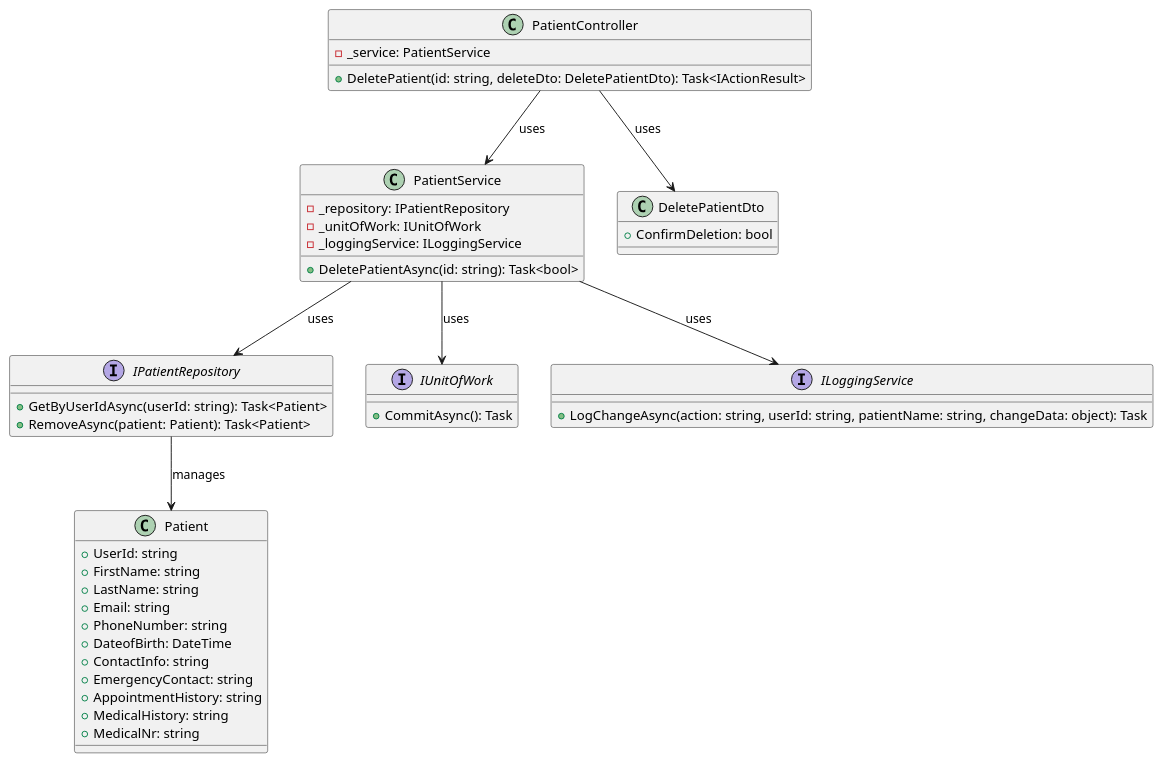
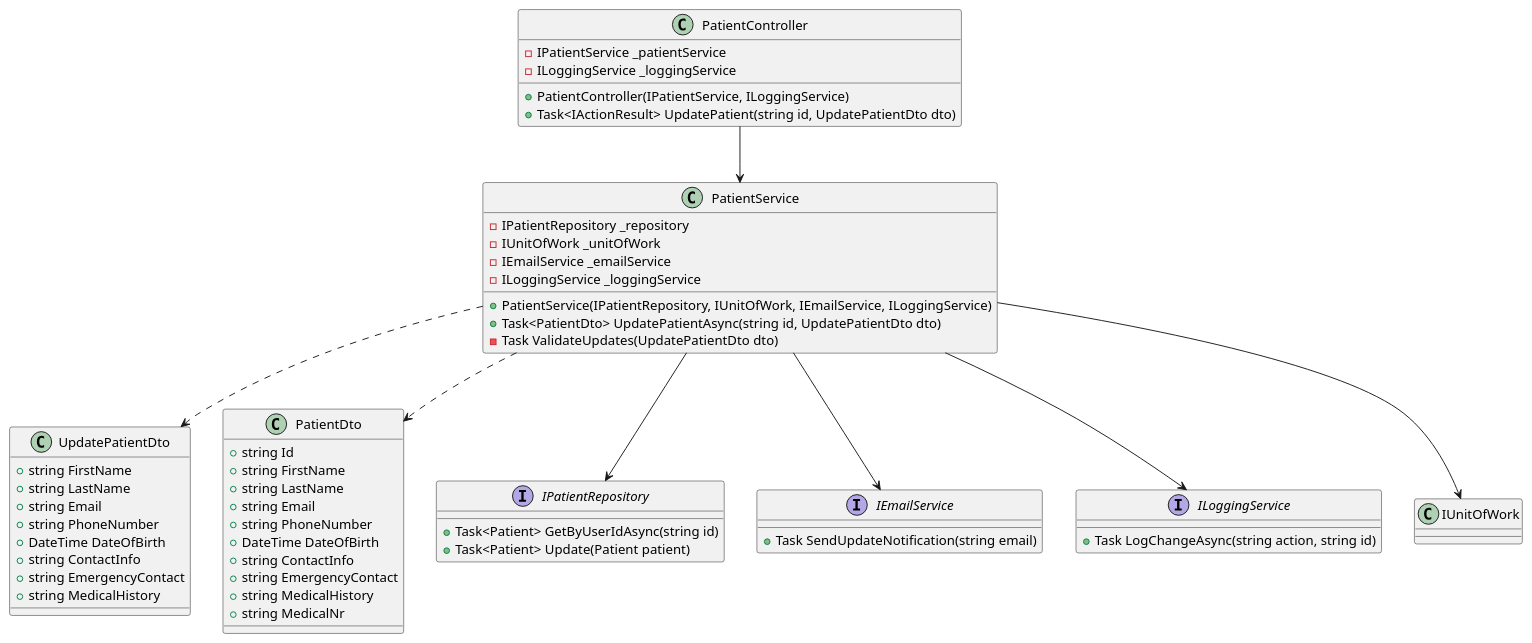
One commit to HugBar/3DC_G17 changed the diagram in docs/Sprint1/US 5.1.9/02.design/puml/class_diagram.puml. Above: the diagram before and after it, drawn with PlantUML. The commit also changed 6707 other files, not shown here.

```diff
--- a/docs/Sprint1/US 5.1.9/02.design/puml/class_diagram.puml
+++ b/docs/Sprint1/US 5.1.9/02.design/puml/class_diagram.puml
@@ -1,51 +1,63 @@
-@startuml class diagram us 5.1.9
+@startuml
 class PatientController {
-  - _service: PatientService
-  + DeletePatient(id: string, deleteDto: DeletePatientDto): Task<IActionResult>
+  -IPatientService _patientService
+  -ILoggingService _loggingService
+  +PatientController(IPatientService, ILoggingService)
+  +Task<IActionResult> UpdatePatient(string id, UpdatePatientDto dto)
 }
 
 class PatientService {
-  - _repository: IPatientRepository
-  - _unitOfWork: IUnitOfWork
-  - _loggingService: ILoggingService
-  + DeletePatientAsync(id: string): Task<bool>
+  -IPatientRepository _repository
+  -IUnitOfWork _unitOfWork
+  -IEmailService _emailService
+  -ILoggingService _loggingService
+  +PatientService(IPatientRepository, IUnitOfWork, IEmailService, ILoggingService)
+  +Task<PatientDto> UpdatePatientAsync(string id, UpdatePatientDto dto)
+  -Task ValidateUpdates(UpdatePatientDto dto)
+}
+
+class UpdatePatientDto {
+  +string FirstName
+  +string LastName
+  +string Email
+  +string PhoneNumber
+  +DateTime DateOfBirth
+  +string ContactInfo
+  +string EmergencyContact
+  +string MedicalHistory
+}
+
+class PatientDto {
+  +string Id
+  +string FirstName
+  +string LastName
+  +string Email
+  +string PhoneNumber
+  +DateTime DateOfBirth
+  +string ContactInfo
+  +string EmergencyContact
+  +string MedicalHistory
+  +string MedicalNr
 }
 
 interface IPatientRepository {
-  + GetByUserIdAsync(userId: string): Task<Patient>
-  + RemoveAsync(patient: Patient): Task<Patient>
+  +Task<Patient> GetByUserIdAsync(string id)
+  +Task<Patient> Update(Patient patient)
 }
 
-class Patient {
-  + UserId: string
-  + FirstName: string
-  + LastName: string
-  + Email: string
-  + PhoneNumber: string
-  + DateofBirth: DateTime
-  + ContactInfo: string
-  + EmergencyContact: string
-  + AppointmentHistory: string
-  + MedicalHistory: string
-  + MedicalNr: string
-}
-
-class DeletePatientDto {
-  + ConfirmDeletion: bool
-}
-
-interface IUnitOfWork {
-  + CommitAsync(): Task
+interface IEmailService {
+  +Task SendUpdateNotification(string email)
 }
 
 interface ILoggingService {
-  + LogChangeAsync(action: string, userId: string, patientName: string, changeData: object): Task
+  +Task LogChangeAsync(string action, string id)
 }
 
-PatientController --> PatientService : uses
-PatientService --> IPatientRepository : uses
-PatientService --> IUnitOfWork : uses
-PatientService --> ILoggingService : uses
-PatientController --> DeletePatientDto : uses
-IPatientRepository --> Patient : manages
+PatientController --> PatientService
+PatientService --> IPatientRepository
+PatientService --> IEmailService
+PatientService --> ILoggingService
+PatientService --> IUnitOfWork
+PatientService ..> UpdatePatientDto
+PatientService ..> PatientDto
 @enduml
```
